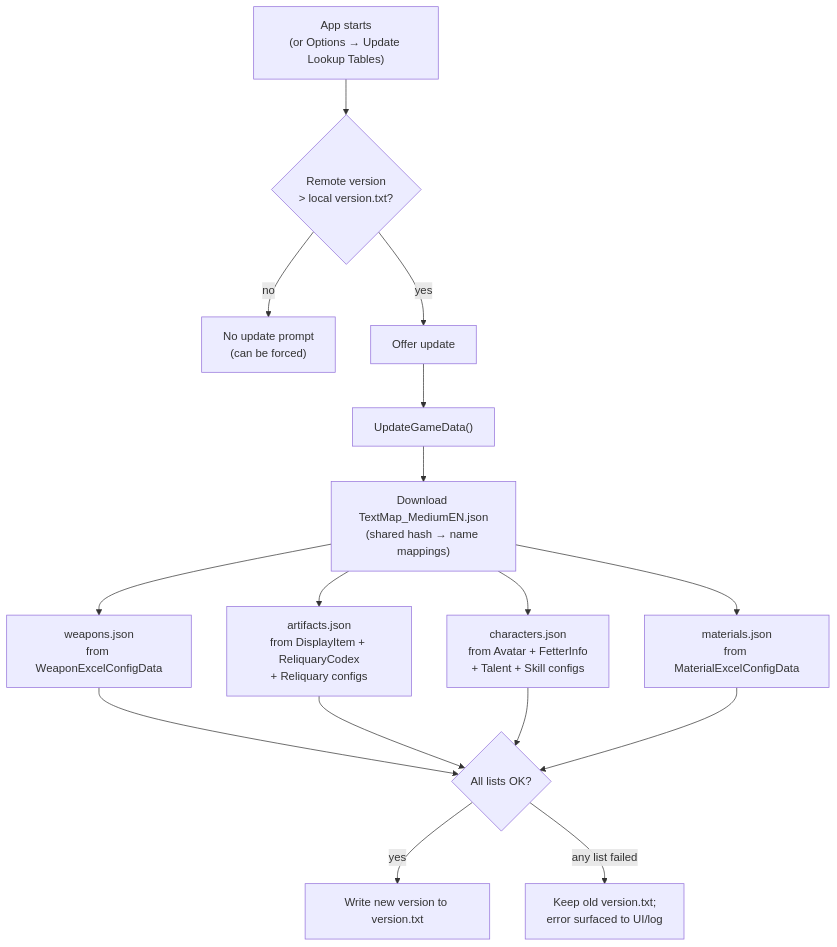
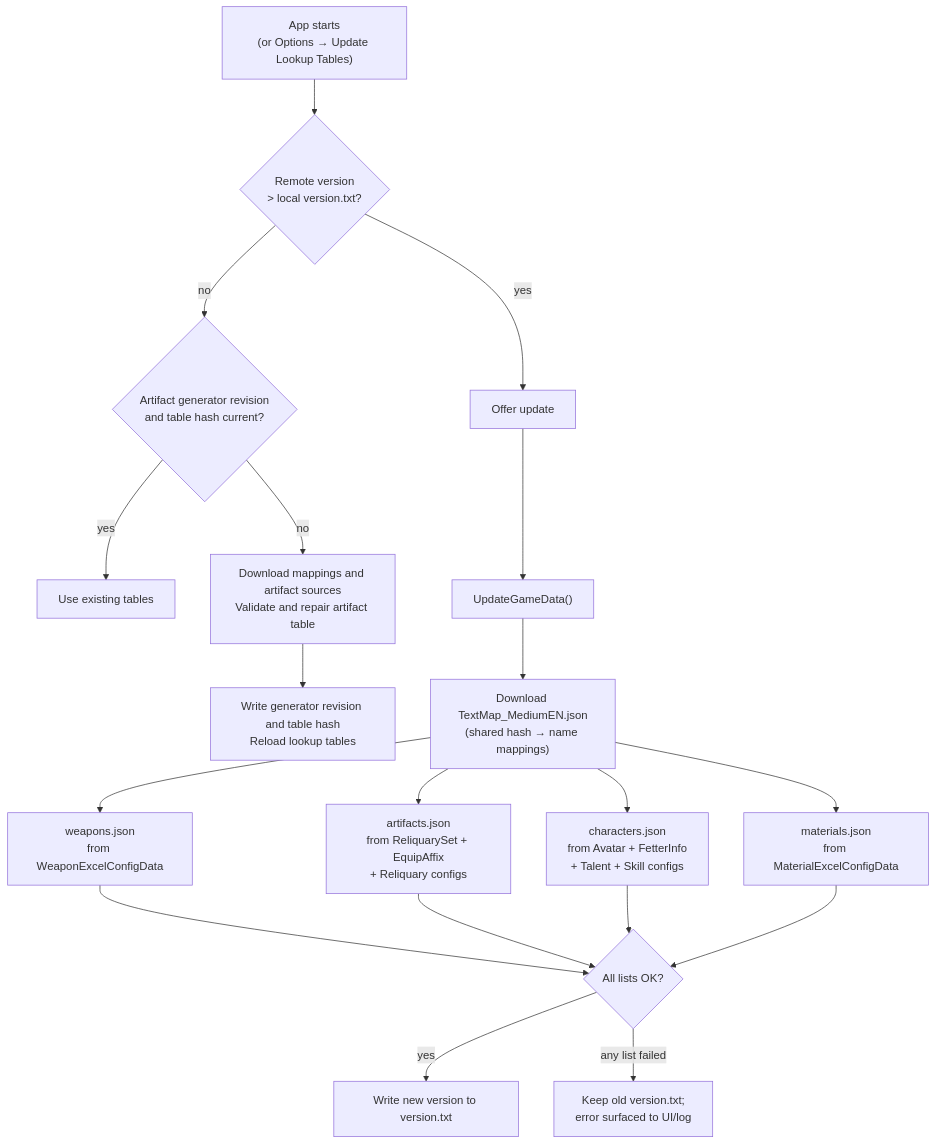
Before and after one commit to rogerioth/Inventory_Kamera: the diagram in docs/data-updater.md, drawn with Mermaid. The commit also changed other lines of this file and 38 other files, not shown here.

````diff
--- a/docs/data-updater.md
+++ b/docs/data-updater.md
@@ -40,15 +40,18 @@
 ```mermaid
 flowchart TB
     A["App starts<br/>(or Options → Update Lookup Tables)"] --> B{"Remote version<br/>> local version.txt?"}
-    B -->|"no"| C["No update prompt<br/>(can be forced)"]
+    B -->|"no"| C{"Artifact generator revision<br/>and table hash current?"}
+    C -->|"yes"| K["Use existing tables"]
+    C -->|"no"| L["Download mappings and artifact sources<br/>Validate and repair artifact table"]
+    L --> M["Write generator revision and table hash<br/>Reload lookup tables"]
     B -->|"yes"| D["Offer update"]
     D --> E["UpdateGameData()"]
     E --> F["Download TextMap_MediumEN.json<br/>(shared hash → name mappings)"]
     F --> G1["weapons.json<br/>from WeaponExcelConfigData"]
-    F --> G2["artifacts.json<br/>from DisplayItem + ReliquaryCodex<br/>+ Reliquary configs"]
+    F --> G2["artifacts.json<br/>from ReliquarySet + EquipAffix<br/>+ Reliquary configs"]
     F --> G3["characters.json<br/>from Avatar + FetterInfo<br/>+ Talent + Skill configs"]
     F --> G4["materials.json<br/>from MaterialExcelConfigData"]
     G1 & G2 & G3 & G4 --> H{"All lists OK?"}
     H -->|"yes"| I["Write new version to version.txt"]
     H -->|"any list failed"| J["Keep old version.txt;<br/>error surfaced to UI/log"]
 ```
````
